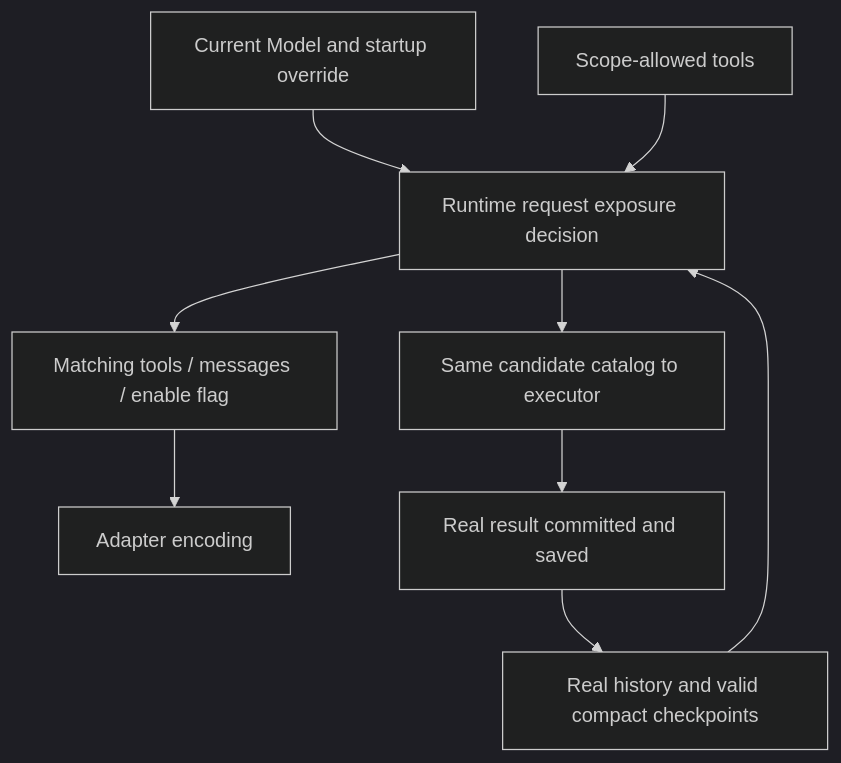
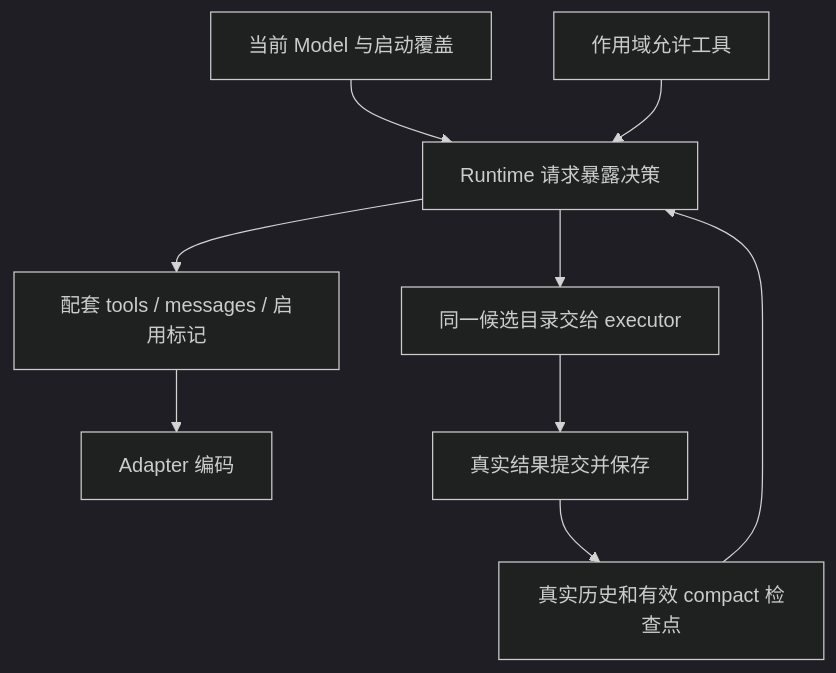
One commit to osben/ZCode changed the diagram in apps/zcode-cli/docs/design/v2/tool/19-tool-search.md. Above: the diagram before and after it, drawn with Mermaid (dark theme). The commit also changed other lines of this file and 5391 other files, not shown here.

````diff
--- a/apps/zcode-cli/docs/design/v2/tool/19-tool-search.md
+++ b/apps/zcode-cli/docs/design/v2/tool/19-tool-search.md
@@ -65,11 +176,11 @@
 ```mermaid
 flowchart TD
-  M[Current Model and startup override] --> P[Runtime request exposure decision]
-  T[Scope-allowed tools] --> P
-  H[Real history and valid compact checkpoints] --> P
-  P --> R[Matching tools / messages / enable flag]
-  P --> E[Same candidate catalog to executor]
-  R --> A[Adapter encoding]
-  E --> O[Real result committed and saved]
+  M[当前 Model 与启动覆盖] --> P[Runtime 请求暴露决策]
+  T[作用域允许工具] --> P
+  H[真实历史和有效 compact 检查点] --> P
+  P --> R[配套 tools / messages / 启用标记]
+  P --> E[同一候选目录交给 executor]
+  R --> A[Adapter 编码]
+  E --> O[真实结果提交并保存]
   O --> H
 ```
````
